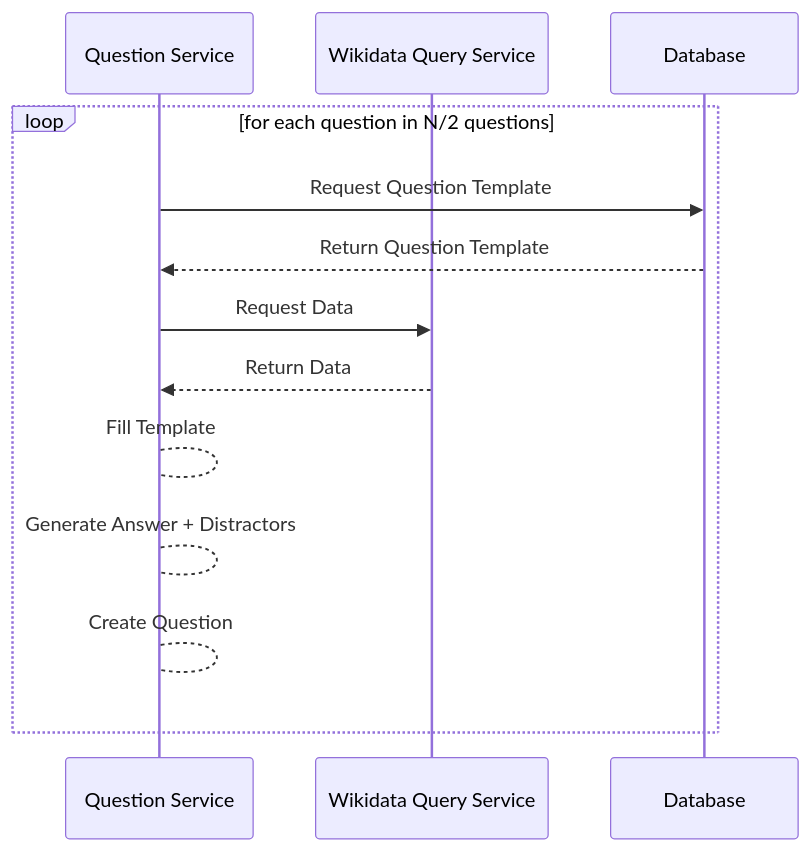
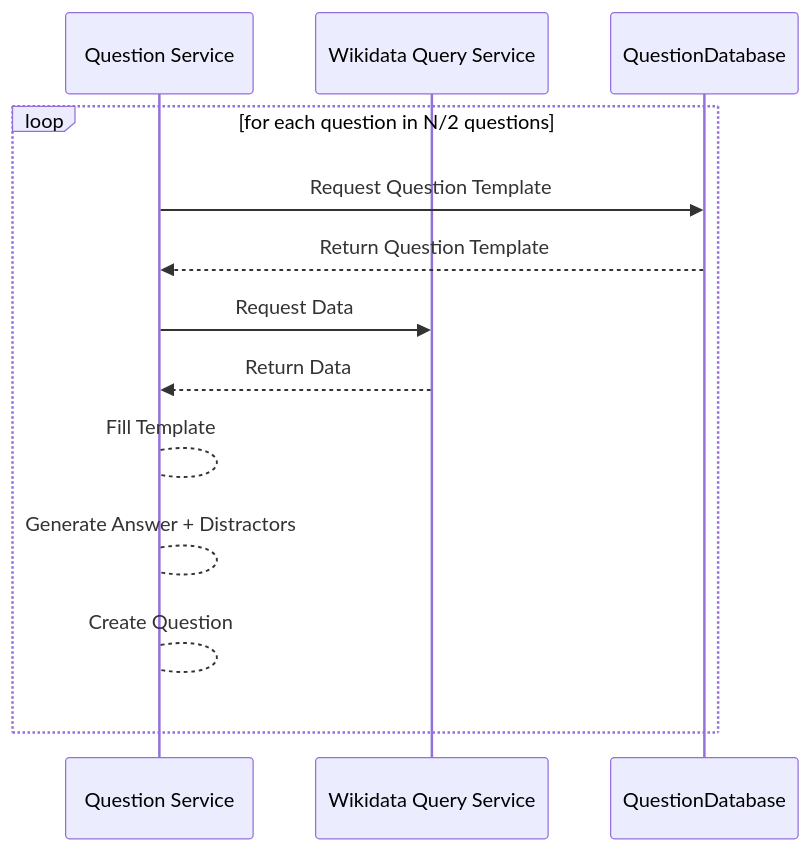
Before and after one commit to Arquisoft/wiq_en3b: the third of 6 diagrams in docs/src/06_runtime_view.adoc, drawn with Mermaid. The commit also changed other lines of this file and 2 other files, not shown here.

Commit message:
Changes into ER model to avoid confusion and name consistency

```diff
--- a/docs/src/06_runtime_view.adoc
+++ b/docs/src/06_runtime_view.adoc
@@ -134,17 +134,17 @@
 [mermaid]
 ....
  sequenceDiagram
     participant QGS as Question Service
     participant WQS as Wikidata Query Service 
-    participant DB as Database 
+    participant DB as QuestionDatabase 
 
     loop for each question in N/2 questions
         QGS->>DB: Request Question Template
         DB-->>QGS: Return Question Template
         QGS->>WQS: Request Data
         WQS-->>QGS: Return Data
         QGS-->QGS: Fill Template
         QGS-->QGS: Generate Answer + Distractors
         QGS-->QGS: Create Question
     end
 ....
```
